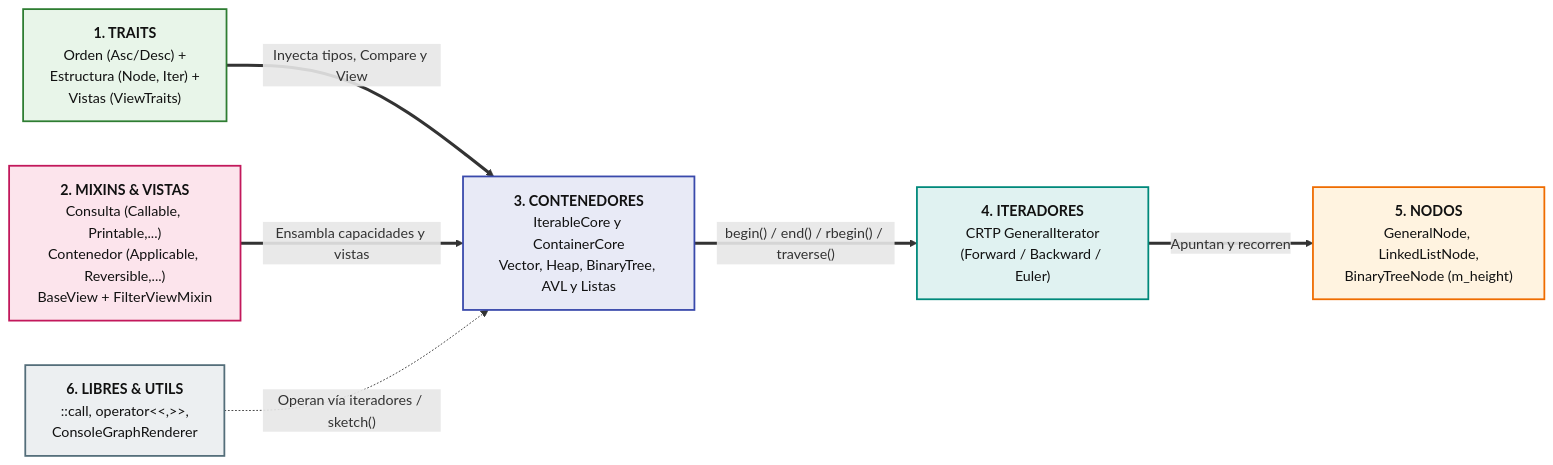
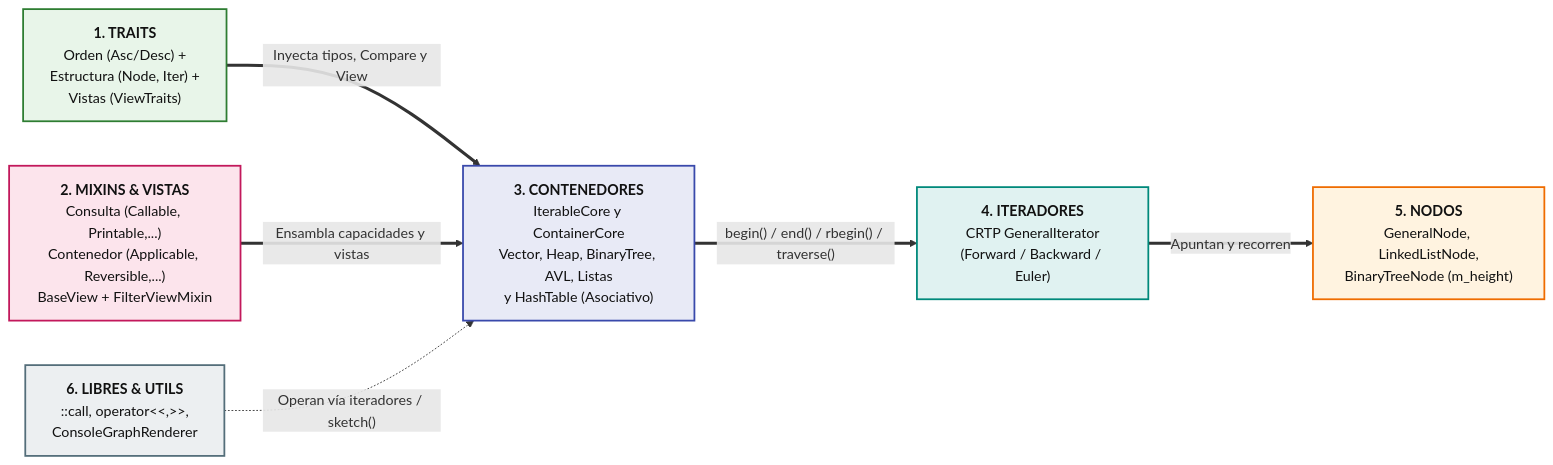
One commit to AldoLunaBueno/2026-II-CS-UNI-CC0E5-AEDAv changed the first of 9 diagrams in README.md. Above: the diagram before and after it, drawn with Mermaid. The commit also changed other lines of this file and 3 other files, not shown here.

Commit message:
implementar HashTable (interfaz asociativa sin función hash), actualizar BinaryTree para hacer búsquedas (find) y hacer demo

````diff
--- a/README.md
+++ b/README.md
@@ -26,29 +31,29 @@
 ```mermaid
 flowchart LR
     TRAITS["<b>1. TRAITS</b><br/>Orden (Asc/Desc) +<br/>Estructura (Node, Iter) +<br/>Vistas (ViewTraits)"]
     MIXINS["<b>2. MIXINS & VISTAS</b><br/>Consulta (Callable, Printable,...)<br/>Contenedor (Applicable, Reversible,...)<br/>BaseView + FilterViewMixin"]
-    CONT["<b>3. CONTENEDORES</b><br/>IterableCore y ContainerCore<br/>Vector, Heap, BinaryTree, AVL y Listas"]
+    CONT["<b>3. CONTENEDORES</b><br/>IterableCore y ContainerCore<br/>Vector, Heap, BinaryTree, AVL, Listas<br/>y HashTable (Asociativo)"]
     ITER["<b>4. ITERADORES</b><br/>CRTP GeneralIterator<br/>(Forward / Backward / Euler)"]
     NODOS["<b>5. NODOS</b><br/>GeneralNode, LinkedListNode,<br/>BinaryTreeNode (m_height)"]
     LIBRES["<b>6. LIBRES & UTILS</b><br/>::call, operator&lt;&lt;,&gt;&gt;,<br/>ConsoleGraphRenderer"]
 
     TRAITS ==>|"Inyecta tipos, Compare y View"| CONT
     MIXINS ==>|"Ensambla capacidades y vistas"| CONT
     CONT ==>|"begin() / end() / rbegin() / traverse()"| ITER
     ITER ==>|"Apuntan y recorren"| NODOS
     LIBRES -.->|"Operan vía iteradores / sketch()"| CONT
 
     classDef c1 fill:#E8EAF6,stroke:#3949AB,color:#111,stroke-width:2px;
     classDef c2 fill:#FCE4EC,stroke:#C2185B,color:#111,stroke-width:2px;
     classDef c3 fill:#E0F2F1,stroke:#00897B,color:#111,stroke-width:2px;
     classDef c4 fill:#FFF3E0,stroke:#EF6C00,color:#111,stroke-width:2px;
     classDef c5 fill:#E8F5E9,stroke:#2E7D32,color:#111,stroke-width:2px;
     classDef c6 fill:#ECEFF1,stroke:#546E7A,color:#111,stroke-width:2px;
 
     class CONT c1
     class MIXINS c2
     class ITER c3
     class NODOS c4
     class TRAITS c5
     class LIBRES c6
 ```
````
